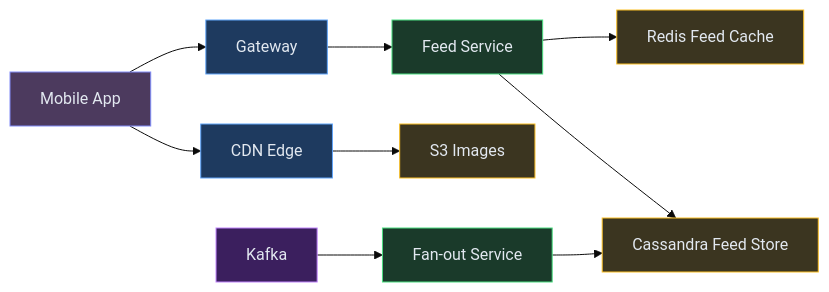
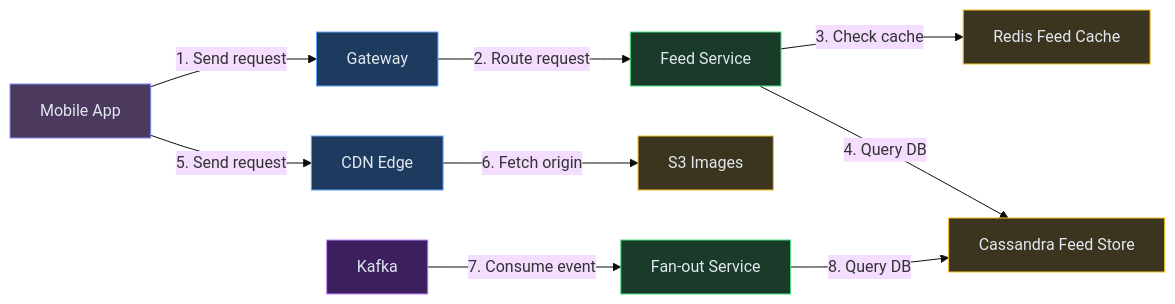
One commit to iluzn/HLD-Designs changed the third of 9 diagrams in content/hld/Instagram.md. Above: the diagram before and after it, drawn with Mermaid (base theme). The commit also changed other lines of this file and 27 other files, not shown here.

````diff
--- a/content/hld/Instagram.md
+++ b/content/hld/Instagram.md
@@ -241,27 +241,27 @@
 ```mermaid
 flowchart LR
     App["Mobile App"]:::client
     GW["Gateway"]:::edge
     FS["Feed Service"]:::service
     FC["Redis Feed Cache"]:::data
     CASS["Cassandra Feed Store"]:::data
     CDN["CDN Edge"]:::edge
     S3["S3 Images"]:::data
     FO["Fan-out Service"]:::service
     KF["Kafka"]:::async
 
-    App --> GW
-    GW --> FS
-    FS --> FC
-    FS --> CASS
-    App --> CDN
-    CDN --> S3
-    KF --> FO
-    FO --> CASS
+    App -->|"1. Send request"| GW
+    GW -->|"2. Route request"| FS
+    FS -->|"3. Check cache"| FC
+    FS -->|"4. Query DB"| CASS
+    App -->|"5. Send request"| CDN
+    CDN -->|"6. Fetch origin"| S3
+    KF -->|"7. Consume event"| FO
+    FO -->|"8. Query DB"| CASS
 
     classDef client fill:#4c3a5e,stroke:#818cf8,color:#e2e8f0
     classDef edge fill:#1e3a5f,stroke:#60a5fa,color:#e2e8f0
     classDef service fill:#1a3a2a,stroke:#4ade80,color:#e2e8f0
     classDef async fill:#3b1f5e,stroke:#c084fc,color:#e2e8f0
     classDef data fill:#3b3520,stroke:#fbbf24,color:#e2e8f0
 ```
````
